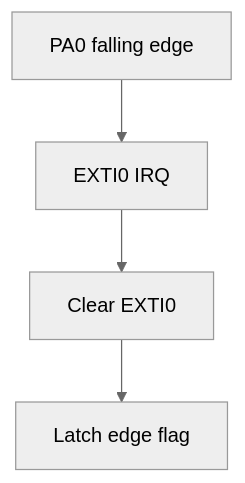
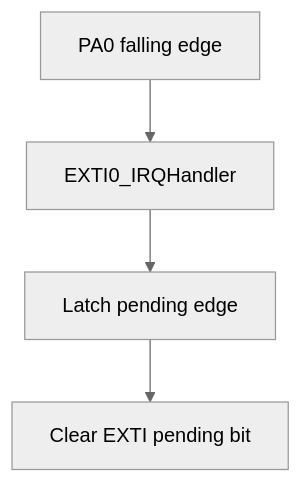
One commit to haikevins/stm32f1-spl-procedural-baremetal changed the first of 2 diagrams in 02-gpio-input-interrupt/README.md. Above: the diagram before and after it, drawn with Mermaid (neutral theme). The commit also changed other lines of this file and 16 other files, not shown here.

````diff
--- a/02-gpio-input-interrupt/README.md
+++ b/02-gpio-input-interrupt/README.md
@@ -73,6 +73,6 @@
 ```mermaid
 flowchart TB
-    EDGE["PA0 falling edge"] --> ISR["EXTI0 IRQ"]
-    ISR --> CLEAR["Clear EXTI0"]
-    CLEAR --> FLAG["Latch edge flag"]
+    EDGE["PA0 falling edge"] --> IRQ["EXTI0_IRQHandler"]
+    IRQ --> LATCH["Latch pending edge"]
+    LATCH --> CLEAR["Clear EXTI pending bit"]
 ```
````
